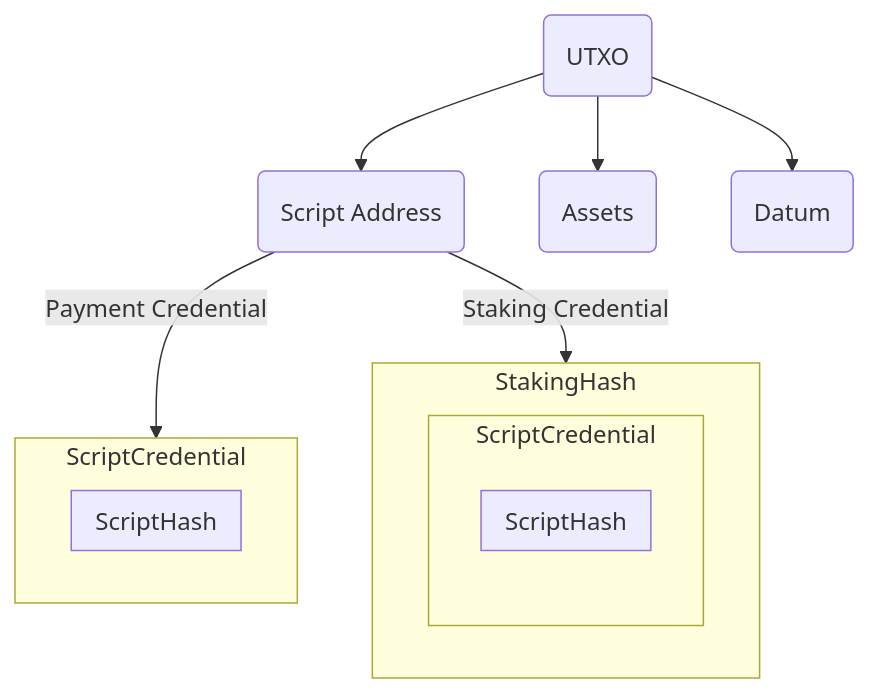
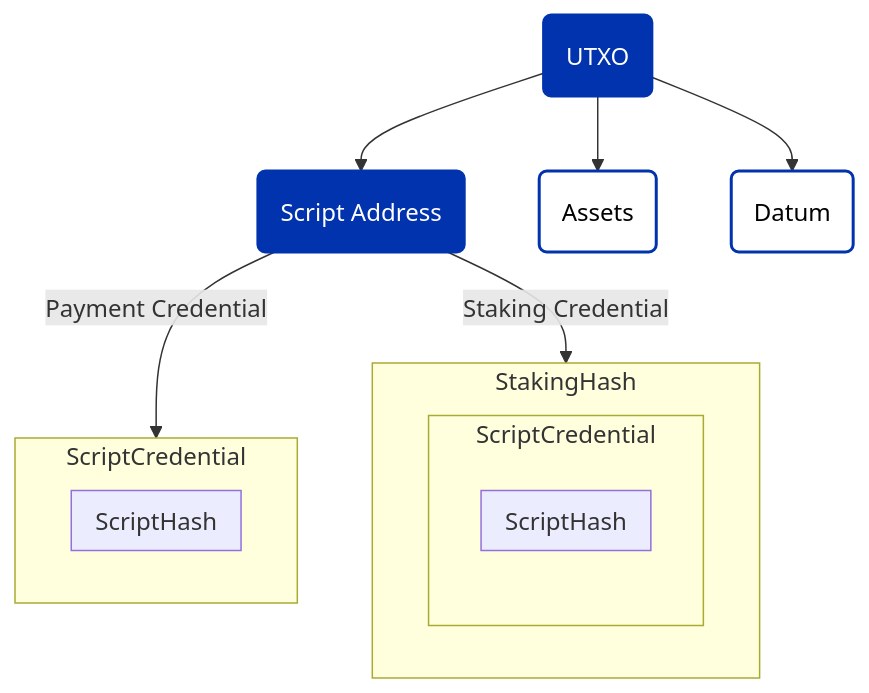
The third of 5 diagrams in docs/smart-contracts/advanced/design-patterns/transaction-level-validation/stake-validators/stake-validator.md (cardano-foundation/developer-portal), drawn with Mermaid before and after one commit. The commit also changed other lines of this file and 14 other files, not shown here.

Commit message:
cardano unified color scheme for mermaid diagrams

````diff
--- a/docs/smart-contracts/advanced/design-patterns/transaction-level-validation/stake-validators/stake-validator.md
+++ b/docs/smart-contracts/advanced/design-patterns/transaction-level-validation/stake-validators/stake-validator.md
@@ -145,19 +154,24 @@
 ```mermaid
 graph TD
   U(UTXO) --> SA
   U(UTXO) --> A(Assets)
   U(UTXO) --> D(Datum)
   SA(Script Address)
   SA -->|Payment Credential| ScriptCredentialSA
   subgraph ScriptCredentialSA[ScriptCredential]
   subgraph ScriptHashSA[ScriptHash]
   end
   end
   SA -->|Staking Credential| StakingHash
   subgraph StakingHash
   subgraph ScriptCredential
   subgraph ScriptHash
   end
   end
   end
+
+  classDef emphasized fill:#0033AD,stroke:#0033AD,stroke-width:2px,color:#FFFFFF
+  classDef regular fill:#FFFFFF,stroke:#0033AD,stroke-width:2px,color:#000000
+  class U,SA emphasized
+  class A,D regular
 ```
````
